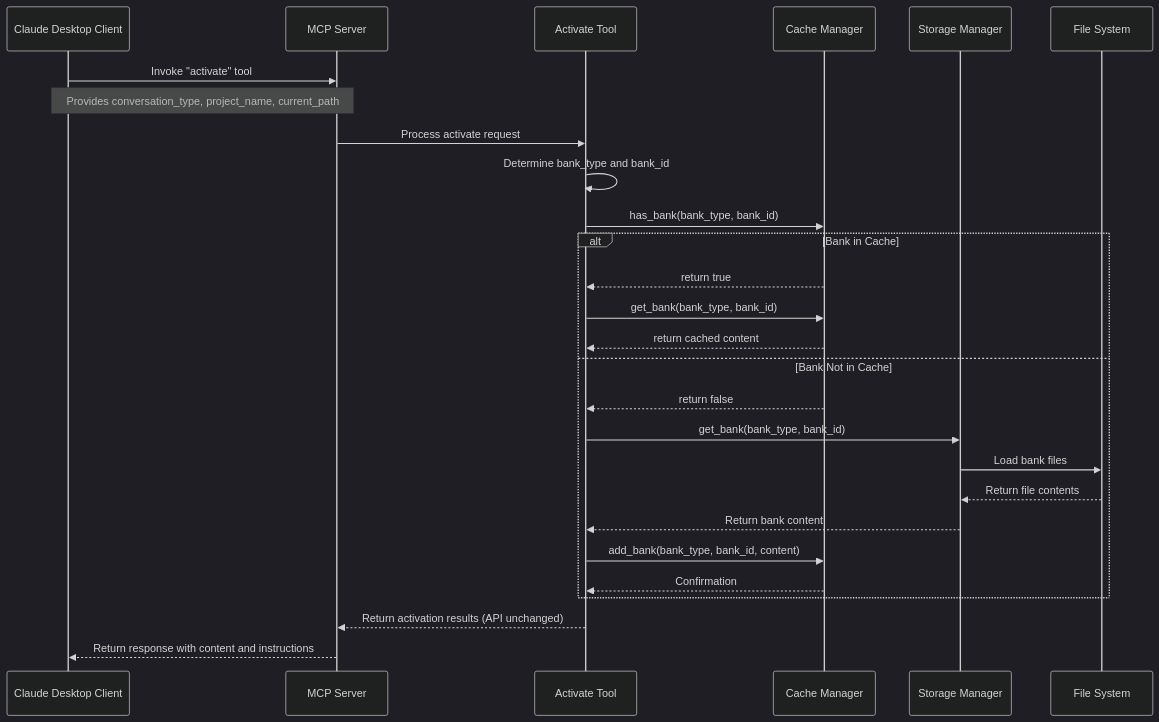
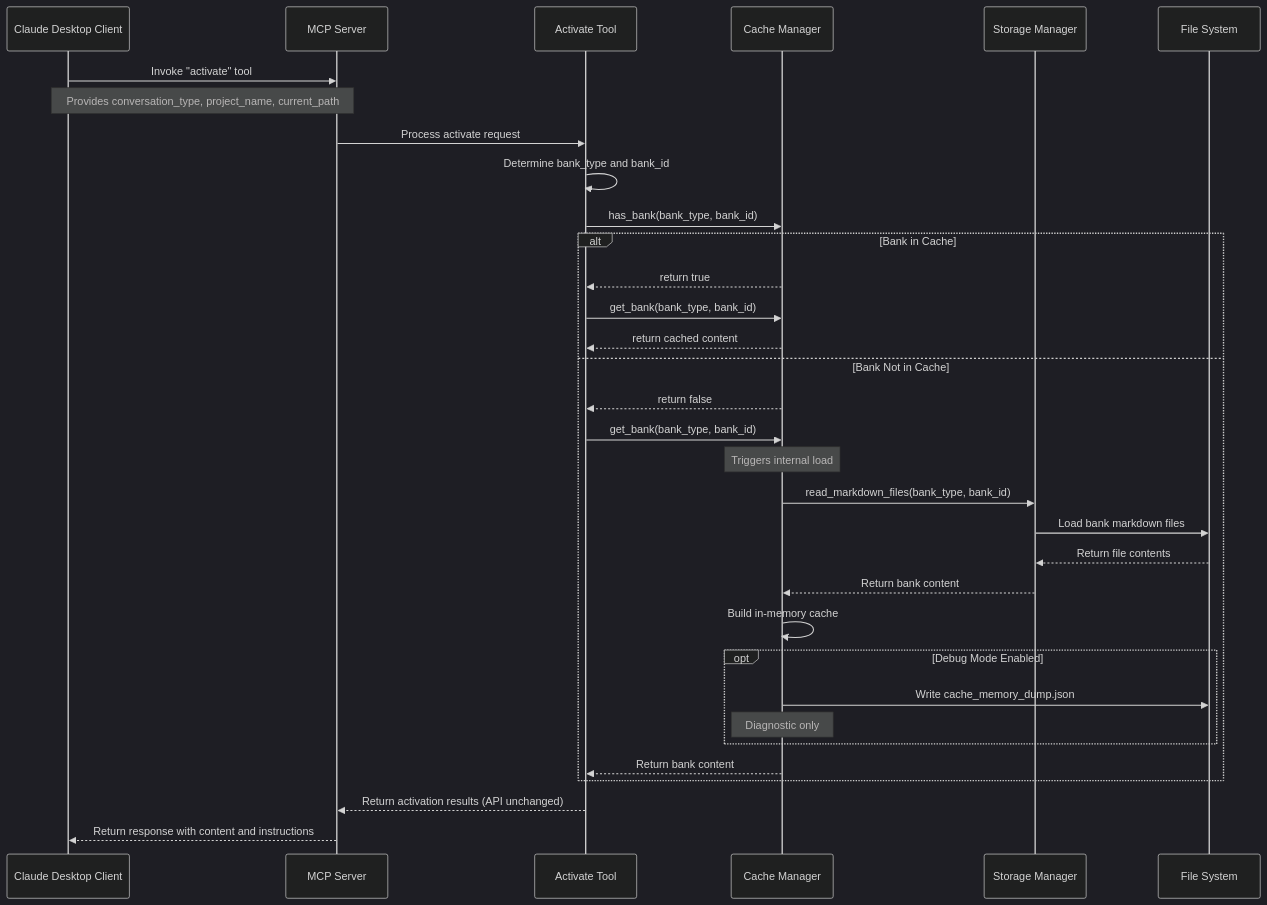
One commit to philippe-guerit/claude-desktop-memory-bank changed the first of 3 diagrams in docs/enhancement proposals/EP 02.md. Above: the diagram before and after it, drawn with Mermaid (dark theme). The commit also changed other lines of this file, not shown here.

````diff
--- a/docs/enhancement proposals/EP 02.md
+++ b/docs/enhancement proposals/EP 02.md
@@ -247,35 +333,42 @@
 ```mermaid
 sequenceDiagram
     participant Client as Claude Desktop Client
     participant Server as MCP Server
     participant ActivateTool as Activate Tool
     participant CacheManager as Cache Manager
     participant StorageManager as Storage Manager
     participant FileSystem as File System
     
     Client->>Server: Invoke "activate" tool
     Note over Client,Server: Provides conversation_type, project_name, current_path
     
     Server->>ActivateTool: Process activate request
     ActivateTool->>ActivateTool: Determine bank_type and bank_id
     
     ActivateTool->>CacheManager: has_bank(bank_type, bank_id)
     
     alt Bank in Cache
         CacheManager-->>ActivateTool: return true
         ActivateTool->>CacheManager: get_bank(bank_type, bank_id)
         CacheManager-->>ActivateTool: return cached content
     else Bank Not in Cache
         CacheManager-->>ActivateTool: return false
-        ActivateTool->>StorageManager: get_bank(bank_type, bank_id)
-        StorageManager->>FileSystem: Load bank files
+        ActivateTool->>CacheManager: get_bank(bank_type, bank_id)
+        Note over CacheManager: Triggers internal load
+        CacheManager->>StorageManager: read_markdown_files(bank_type, bank_id)
+        StorageManager->>FileSystem: Load bank markdown files
         FileSystem-->>StorageManager: Return file contents
-        StorageManager-->>ActivateTool: Return bank content
+        StorageManager-->>CacheManager: Return bank content
+        CacheManager->>CacheManager: Build in-memory cache
         
-        ActivateTool->>CacheManager: add_bank(bank_type, bank_id, content)
-        CacheManager-->>ActivateTool: Confirmation
+        opt Debug Mode Enabled
+            CacheManager->>FileSystem: Write cache_memory_dump.json
+            Note over CacheManager: Diagnostic only
+        end
+        
+        CacheManager-->>ActivateTool: Return bank content
     end
     
     ActivateTool-->>Server: Return activation results (API unchanged)
     Server-->>Client: Return response with content and instructions
 ```
````
